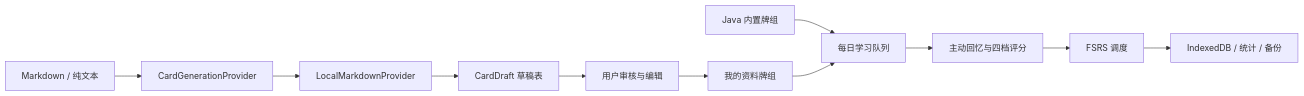
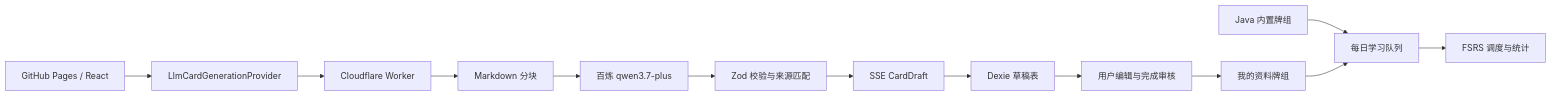
Before and after one commit to qixiang0530-dot/RecallStack: the diagram in README.md, drawn with Mermaid. The commit also changed other lines of this file and 35 other files, not shown here.

````diff
--- a/README.md
+++ b/README.md
@@ -41,13 +40,15 @@
 ```mermaid
 flowchart LR
-  A["Markdown / 纯文本"] --> B["CardGenerationProvider"]
-  B --> C["LocalMarkdownProvider"]
-  C --> D["CardDraft 草稿表"]
-  D --> E["用户审核与编辑"]
-  E --> F["我的资料牌组"]
-  G["Java 内置牌组"] --> H["每日学习队列"]
-  F --> H
-  H --> I["主动回忆与四档评分"]
-  I --> J["FSRS 调度"]
-  J --> K["IndexedDB / 统计 / 备份"]
+  A["GitHub Pages / React"] --> B["LlmCardGenerationProvider"]
+  B --> C["Cloudflare Worker"]
+  C --> D["Markdown 分块"]
+  D --> E["百炼 qwen3.7-plus"]
+  E --> F["Zod 校验与来源匹配"]
+  F --> G["SSE CardDraft"]
+  G --> H["Dexie 草稿表"]
+  H --> I["用户编辑与完成审核"]
+  I --> J["我的资料牌组"]
+  K["Java 内置牌组"] --> L["每日学习队列"]
+  J --> L
+  L --> M["FSRS 调度与统计"]
 ```
````
